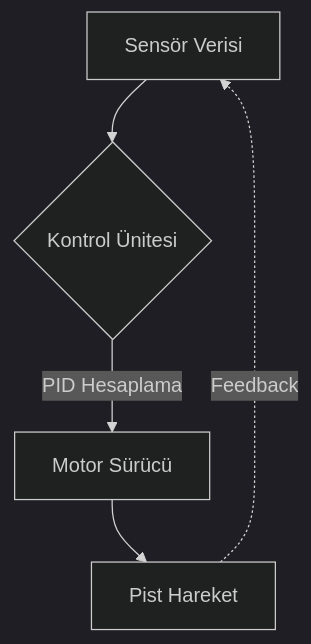
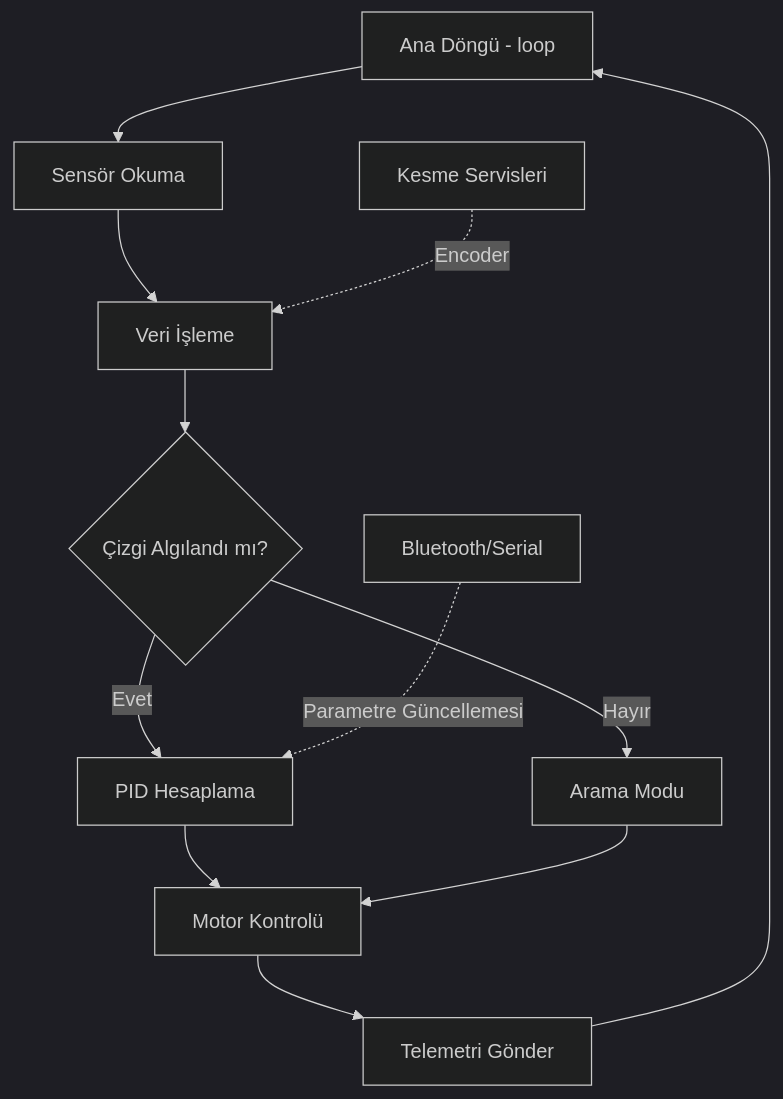
One commit to bahattinyunus/cizgi_takibi changed the fourth of 5 diagrams in README.md. Above: the diagram before and after it, drawn with Mermaid (dark theme). The commit also changed other lines of this file, not shown here.

````diff
--- a/README.md
+++ b/README.md
@@ -27,7 +431,15 @@
 ```mermaid
 graph TD
-    A[Sensör Verisi] --> B{Kontrol Ünitesi}
-    B -->|PID Hesaplama| C[Motor Sürücü]
-    C --> D[Pist Hareket]
-    D -.->|Feedback| A
+    A[Ana Döngü - loop] --> B[Sensör Okuma]
+    B --> C[Veri İşleme]
+    C --> D{Çizgi Algılandı mı?}
+    D -->|Evet| E[PID Hesaplama]
+    D -->|Hayır| F[Arama Modu]
+    E --> G[Motor Kontrolü]
+    F --> G
+    G --> H[Telemetri Gönder]
+    H --> A
+    
+    I[Kesme Servisleri] -.->|Encoder| C
+    J[Bluetooth/Serial] -.->|Parametre Güncellemesi| E
 ```
````
